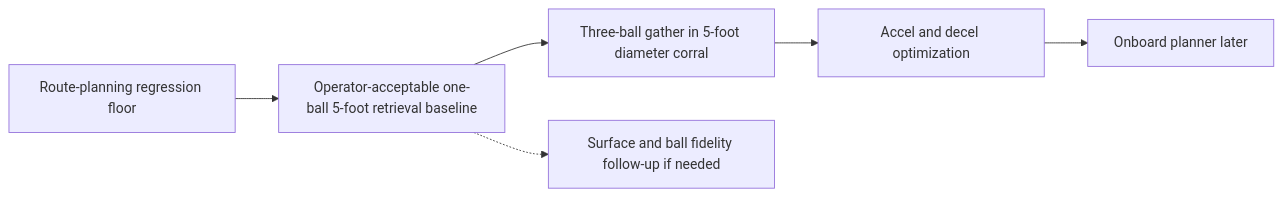
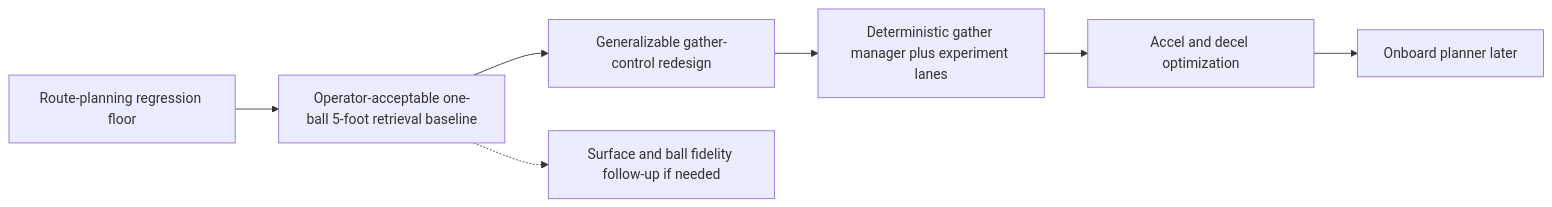
Before and after one commit to fsmalkin/chasebot: the diagram in docs/LLM_BROWSER_UAT_PLAN.md, drawn with Mermaid. The commit also changed other lines of this file and 8 other files, not shown here.

````diff
--- a/docs/LLM_BROWSER_UAT_PLAN.md
+++ b/docs/LLM_BROWSER_UAT_PLAN.md
@@ -371,8 +381,9 @@
 ```mermaid
 flowchart LR
     A[Route-planning regression floor] --> B[Operator-acceptable one-ball 5-foot retrieval baseline]
-    B --> C[Three-ball gather in 5-foot diameter corral]
-    C --> D[Accel and decel optimization]
-    D --> E[Onboard planner later]
-    B -.-> F[Surface and ball fidelity follow-up if needed]
+    B --> C[Generalizable gather-control redesign]
+    C --> D[Deterministic gather manager plus experiment lanes]
+    D --> E[Accel and decel optimization]
+    E --> F[Onboard planner later]
+    B -.-> G[Surface and ball fidelity follow-up if needed]
 ```
````
